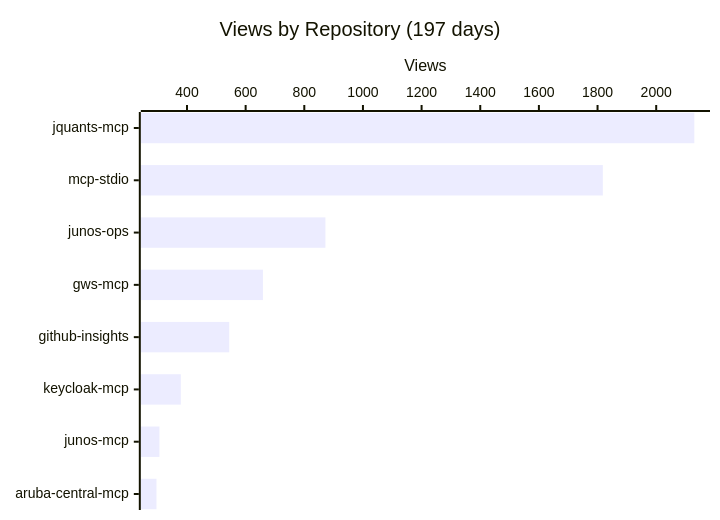
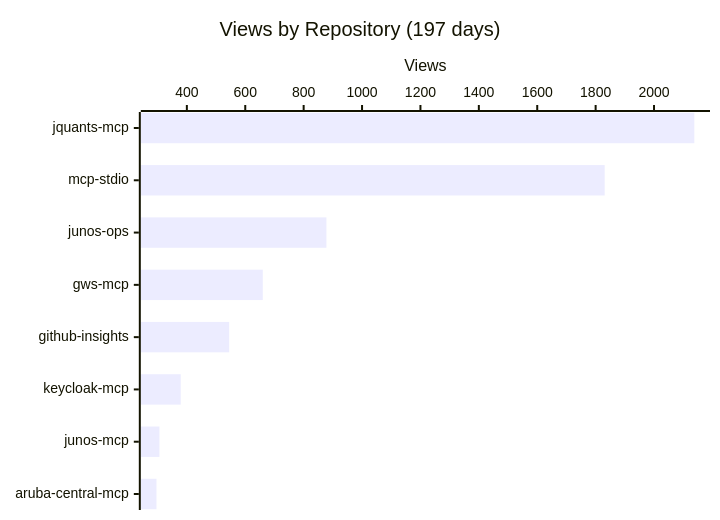
One commit to shigechika/github-insights changed the first of 4 diagrams in README.md. Above: the diagram before and after it, drawn with Mermaid. The commit also changed other lines of this file and 2 other files, not shown here.

````diff
--- a/README.md
+++ b/README.md
@@ -18,7 +18,7 @@
 ```mermaid
 xychart-beta horizontal
     title "Views by Repository (197 days)"
     x-axis ["jquants-mcp", "mcp-stdio", "junos-ops", "gws-mcp", "github-insights", "keycloak-mcp", "junos-mcp", "aruba-central-mcp"]
     y-axis "Views"
-    bar [2130, 1818, 872, 659, 544, 379, 306, 296]
+    bar [2138, 1831, 878, 660, 545, 379, 306, 296]
 ```
````
